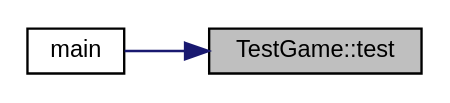
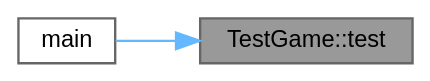
Before and after one commit to jesstyrrell/cosc345: the diagram in class_test_game_a482abbabaaa0f7eb7d067c663dde7bae_icgraph.dot, drawn with Graphviz. The commit also changed 284 other files, not shown here.

```diff
--- a/class_test_game_a482abbabaaa0f7eb7d067c663dde7bae_icgraph.dot
+++ b/class_test_game_a482abbabaaa0f7eb7d067c663dde7bae_icgraph.dot
@@ -1,11 +1,12 @@
 digraph "TestGame::test"
 {
  // INTERACTIVE_SVG=YES
  // LATEX_PDF_SIZE
-  edge [fontname="Helvetica",fontsize="10",labelfontname="Helvetica",labelfontsize="10"];
-  node [fontname="Helvetica",fontsize="10",shape=record];
+  bgcolor="transparent";
+  edge [fontname=Helvetica,fontsize=10,labelfontname=Helvetica,labelfontsize=10];
+  node [fontname=Helvetica,fontsize=10,shape=box,height=0.2,width=0.4];
   rankdir="RL";
-  Node1 [label="TestGame::test",height=0.2,width=0.4,color="black", fillcolor="grey75", style="filled", fontcolor="black",tooltip=" "];
-  Node1 -> Node2 [dir="back",color="midnightblue",fontsize="10",style="solid",fontname="Helvetica"];
-  Node2 [label="main",height=0.2,width=0.4,color="black", fillcolor="white", style="filled",URL="$test___game_8cpp.html#ae66f6b31b5ad750f1fe042a706a4e3d4",tooltip=" "];
+  Node1 [id="Node000001",label="TestGame::test",height=0.2,width=0.4,color="gray40", fillcolor="grey60", style="filled", fontcolor="black",tooltip=" "];
+  Node1 -> Node2 [id="edge1_Node000001_Node000002",dir="back",color="steelblue1",style="solid",tooltip=" "];
+  Node2 [id="Node000002",label="main",height=0.2,width=0.4,color="grey40", fillcolor="white", style="filled",URL="$test___game_8cpp.html#ae66f6b31b5ad750f1fe042a706a4e3d4",tooltip=" "];
 }
```
